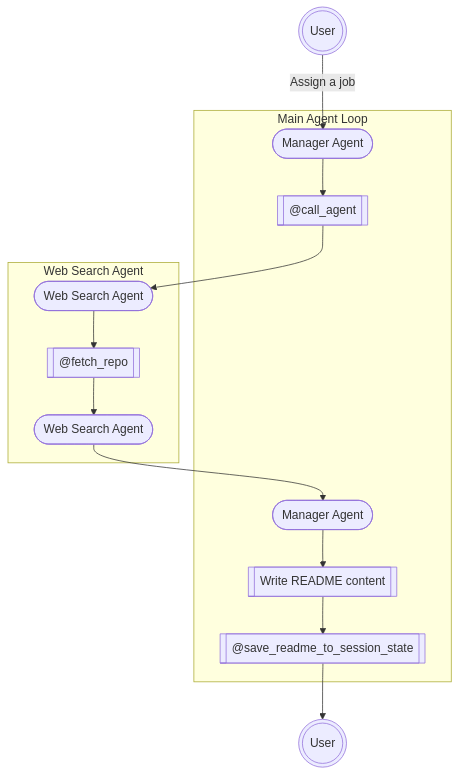
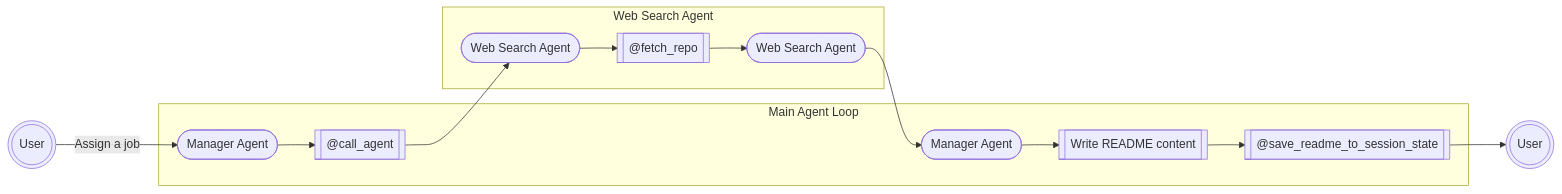
The diagram in README.md (Wh4130/remote_readme_agent), drawn with Mermaid before and after one commit. The commit also changed other lines of this file, not shown here.

````diff
--- a/README.md
+++ b/README.md
@@ -39,26 +42,26 @@
 ```mermaid
-flowchart TD
+flowchart LR
 U(((User)))
 subgraph Main ["Main Agent Loop"]
     Manager([Manager Agent])
     T1[["@call_agent"]]
     Manager2([Manager Agent])
     T3[["Write README content"]]
     T4[["@save_readme_to_session_state"]]
 end
 subgraph Sub ["Web Search Agent"]
     WAgent([Web Search Agent])
     T2[["@fetch_repo"]]
     WAgent2([Web Search Agent])
 end
 U -->|Assign a job| Manager
 Manager --> T1
 T1 --> WAgent
 WAgent --> T2
 T2 --> WAgent2
 WAgent2 --> Manager2
 Manager2 --> T3
 T3 --> T4
 T4 --> U2(((User)))
 
 ```
````
